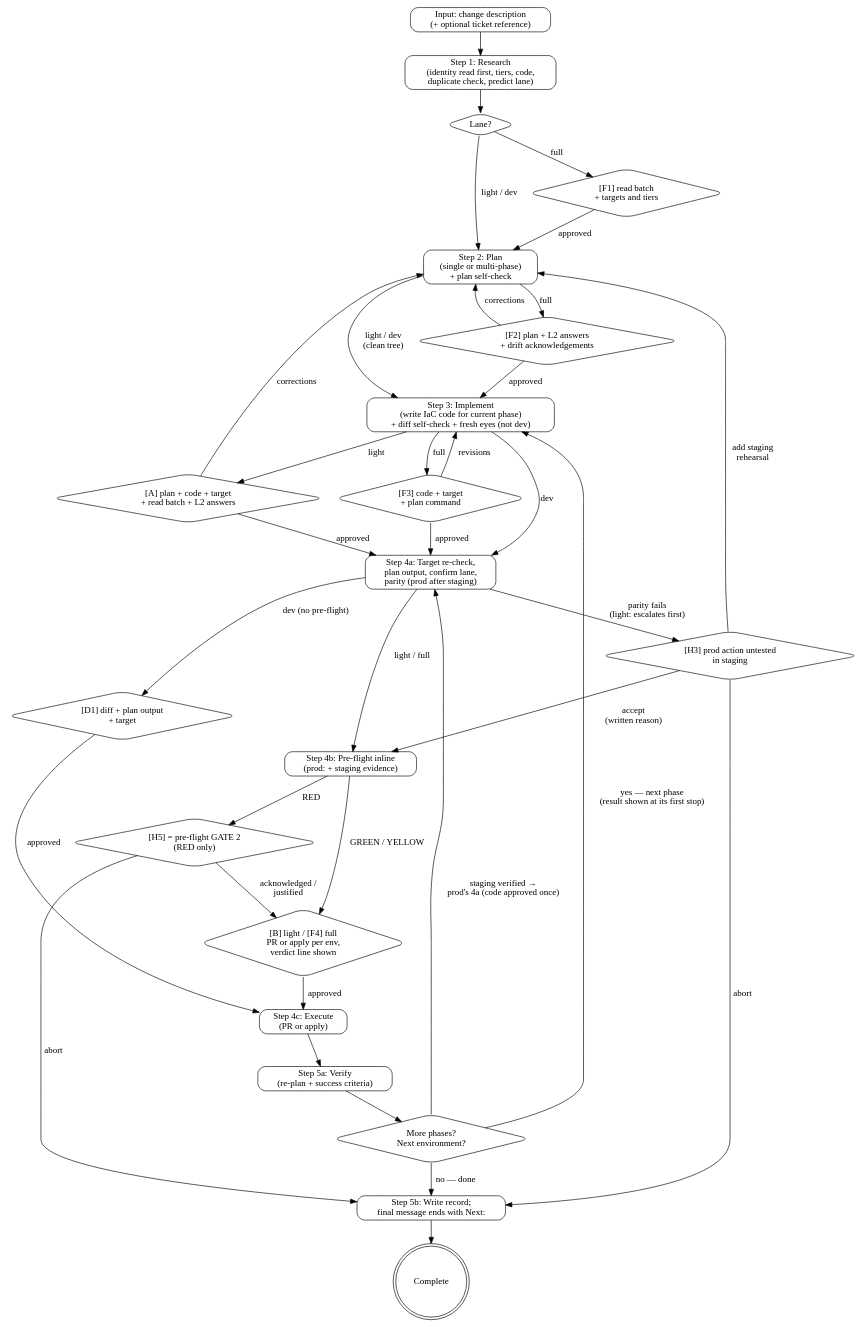
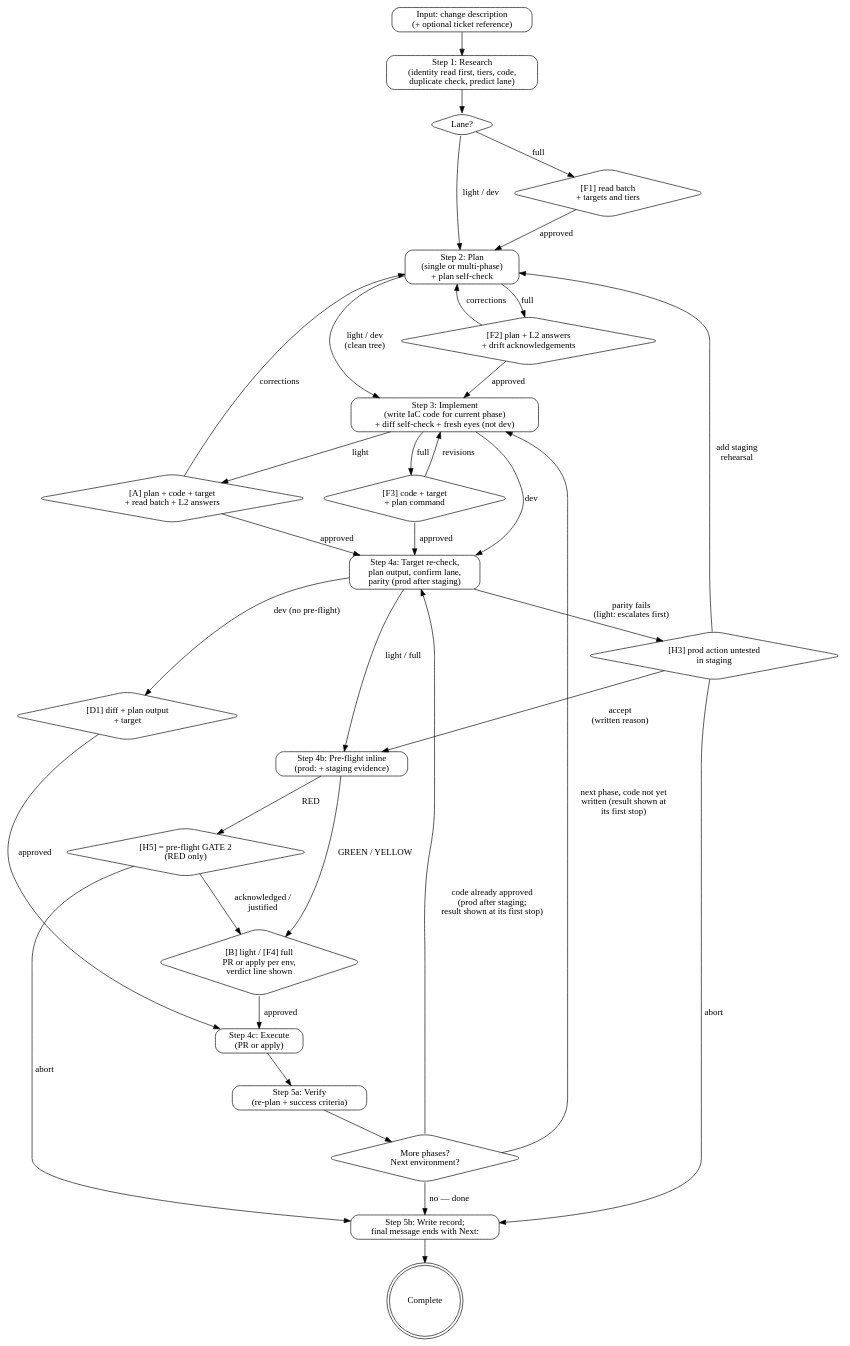
The diagram in skills/iac-change-execution/SKILL.md (culiops/culiops-skills), drawn with Graphviz before and after one commit. The commit also changed other lines of this file and 1 other file, not shown here.

Commit message:
iac-change-execution: staging-first review fixes

````diff
--- a/skills/iac-change-execution/SKILL.md
+++ b/skills/iac-change-execution/SKILL.md
@@ -97,61 +97,61 @@
 ```dot
 digraph iac_change {
     rankdir=TB;
     node [shape=box, style=rounded];
 
     input     [label="Input: change description\n(+ optional ticket reference)"];
     research  [label="Step 1: Research\n(identity read first, tiers, code,\nduplicate check, predict lane)"];
     lane      [label="Lane?", shape=diamond];
     f1        [label="[F1] read batch\n+ targets and tiers", shape=diamond];
     plan      [label="Step 2: Plan\n(single or multi-phase)\n+ plan self-check"];
     f2        [label="[F2] plan + L2 answers\n+ drift acknowledgements", shape=diamond];
     implement [label="Step 3: Implement\n(write IaC code for current phase)\n+ diff self-check + fresh eyes (not dev)"];
     f3        [label="[F3] code + target\n+ plan command", shape=diamond];
     a         [label="[A] plan + code + target\n+ read batch + L2 answers", shape=diamond];
     planout   [label="Step 4a: Target re-check,\nplan output, confirm lane,\nparity (prod after staging)"];
     h3        [label="[H3] prod action untested\nin staging", shape=diamond];
     preflight [label="Step 4b: Pre-flight inline\n(prod: + staging evidence)"];
     h5        [label="[H5] = pre-flight GATE 2\n(RED only)", shape=diamond];
     execstop  [label="[B] light / [F4] full\nPR or apply per env,\nverdict line shown", shape=diamond];
     d1        [label="[D1] diff + plan output\n+ target", shape=diamond];
     execute   [label="Step 4c: Execute\n(PR or apply)"];
     verify    [label="Step 5a: Verify\n(re-plan + success criteria)"];
     phase     [label="More phases?\nNext environment?", shape=diamond];
     record    [label="Step 5b: Write record;\nfinal message ends with Next:"];
 
     input -> research -> lane;
     lane -> f1           [label="full"];
     lane -> plan         [label="light / dev"];
     f1 -> plan           [label="approved"];
     plan -> f2           [label="full"];
     plan -> implement    [label="light / dev\n(clean tree)"];
     f2 -> implement      [label="approved"];
     f2 -> plan           [label="corrections"];
     implement -> f3      [label="full"];
     implement -> a       [label="light"];
     implement -> planout [label="dev"];
     f3 -> planout        [label="approved"];
     f3 -> implement      [label="revisions"];
     a -> planout         [label="approved"];
     a -> plan            [label="corrections"];
     planout -> preflight [label="light / full"];
     planout -> d1        [label="dev (no pre-flight)"];
     planout -> h3        [label="parity fails\n(light: escalates first)"];
     h3 -> preflight      [label="accept\n(written reason)"];
     h3 -> plan           [label="add staging\nrehearsal"];
     h3 -> record         [label="abort"];
     preflight -> execstop [label="GREEN / YELLOW"];
     preflight -> h5      [label="RED"];
     h5 -> execstop       [label="acknowledged /\njustified"];
     h5 -> record         [label="abort"];
     d1 -> execute        [label="approved"];
     execstop -> execute  [label="approved"];
     execute -> verify -> phase;
-    phase -> implement   [label="yes — next phase\n(result shown at its first stop)"];
-    phase -> planout     [label="staging verified →\nprod's 4a (code approved once)"];
+    phase -> implement   [label="next phase, code not yet\nwritten (result shown at\nits first stop)"];
+    phase -> planout     [label="code already approved\n(prod after staging;\nresult shown at its first stop)"];
     phase -> record      [label="no — done"];
     record -> done;
 
     done [label="Complete", shape=doublecircle];
 }
 ```
````
